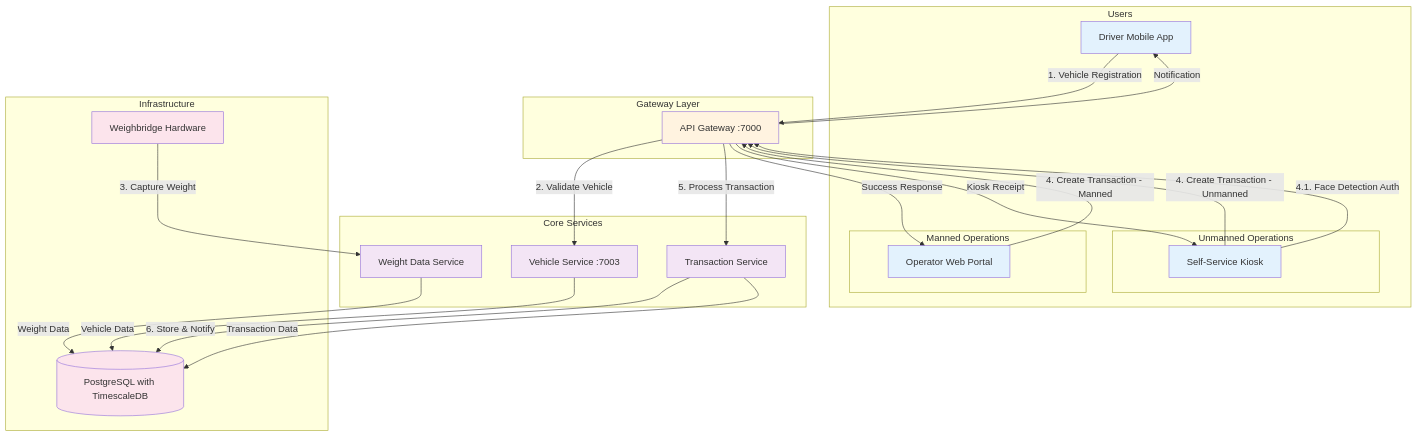
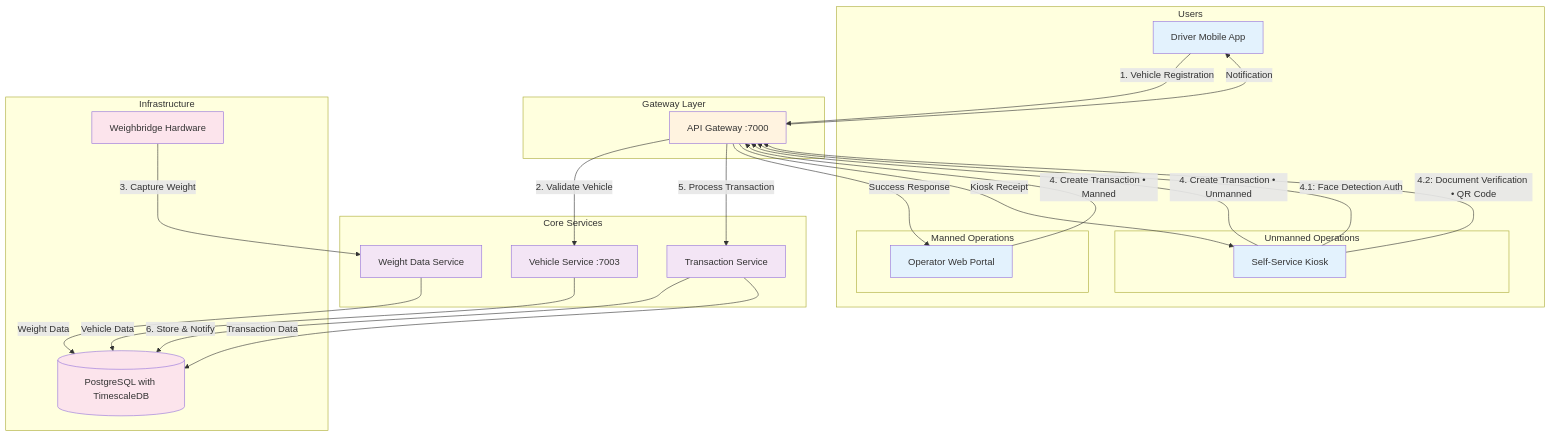
One commit to Qalitrack/qalitrackservices changed the diagram in docs/c4/complete-weighing-transaction-flow.mmd. Above: the diagram before and after it, drawn with Mermaid. The commit also changed 8 other files, not shown here.

First line of the commit message:
fix(c4): resolve Mermaid 'Unsupported markdown: list' errors and add QR code document verification

```diff
--- a/docs/c4/complete-weighing-transaction-flow.mmd
+++ b/docs/c4/complete-weighing-transaction-flow.mmd
@@ -1,63 +1,64 @@
 flowchart TD
     subgraph "Users"
         Driver[Driver Mobile App]
         
         subgraph "Manned Operations"
             Operator[Operator Web Portal]
         end
         
         subgraph "Unmanned Operations"
             Kiosk[Self-Service Kiosk]
         end
     end
     
     subgraph "Gateway Layer"
         Gateway[API Gateway :7000]
     end
     
     subgraph "Core Services"
         VehicleSvc[Vehicle Service :7003]
         WeightSvc[Weight Data Service]
         TransactionSvc[Transaction Service]
     end
     
     subgraph "Infrastructure"
         PostgreSQL[(PostgreSQL with TimescaleDB)]
         Hardware[Weighbridge Hardware]
     end
 
     %% Sequential transaction flow
-    Driver -->|1. Vehicle Registration| Gateway
-    Gateway -->|2. Validate Vehicle| VehicleSvc
-    Hardware -->|3. Capture Weight| WeightSvc
+    Driver -->|"1. Vehicle Registration"| Gateway
+    Gateway -->|"2. Validate Vehicle"| VehicleSvc
+    Hardware -->|"3. Capture Weight"| WeightSvc
     
     %% Manned operations
-    Operator -->|4. Create Transaction - Manned| Gateway
+    Operator -->|"4. Create Transaction • Manned"| Gateway
     
     %% Unmanned operations  
-    Kiosk -->|4. Create Transaction - Unmanned| Gateway
-    Kiosk -->|4.1. Face Detection Auth| Gateway
+    Kiosk -->|"4. Create Transaction • Unmanned"| Gateway
+    Kiosk -->|"4.1: Face Detection Auth"| Gateway
+    Kiosk -->|"4.2: Document Verification • QR Code"| Gateway
     
     %% Common transaction processing
-    Gateway -->|5. Process Transaction| TransactionSvc
-    TransactionSvc -->|6. Store & Notify| PostgreSQL
+    Gateway -->|"5. Process Transaction"| TransactionSvc
+    TransactionSvc -->|"6. Store & Notify"| PostgreSQL
     
     %% Data storage
     VehicleSvc -->|Vehicle Data| PostgreSQL
     WeightSvc -->|Weight Data| PostgreSQL
     TransactionSvc -->|Transaction Data| PostgreSQL
     
     %% Responses
     Gateway -->|Success Response| Operator
     Gateway -->|Kiosk Receipt| Kiosk
     Gateway -->|Notification| Driver
 
     classDef client fill:#e3f2fd
     classDef gateway fill:#fff3e0
     classDef services fill:#f3e5f5
     classDef infrastructure fill:#fce4ec
     
     class Driver,Operator,Kiosk client
     class Gateway gateway
     class VehicleSvc,WeightSvc,TransactionSvc services
     class PostgreSQL,Hardware infrastructure
```
